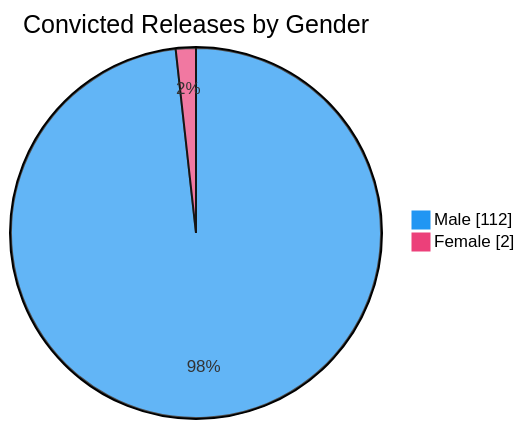
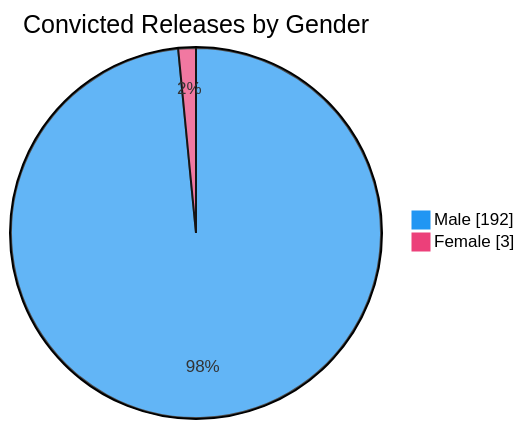
Before and after one commit to nuuuwan/lk_prisons: the sixth of 7 diagrams in README.md, drawn with Mermaid. The commit also changed other lines of this file and 1 other file, not shown here.

````diff
--- a/README.md
+++ b/README.md
@@ -98,6 +98,6 @@
 ```mermaid
 %%{init: {'themeVariables': {'pie1': '#2196F3', 'pie2': '#EC407A'}}}%%
 pie showData title Convicted Releases by Gender
-    "Male" : 112
-    "Female" : 2
+    "Male" : 192
+    "Female" : 3
 ```
````
